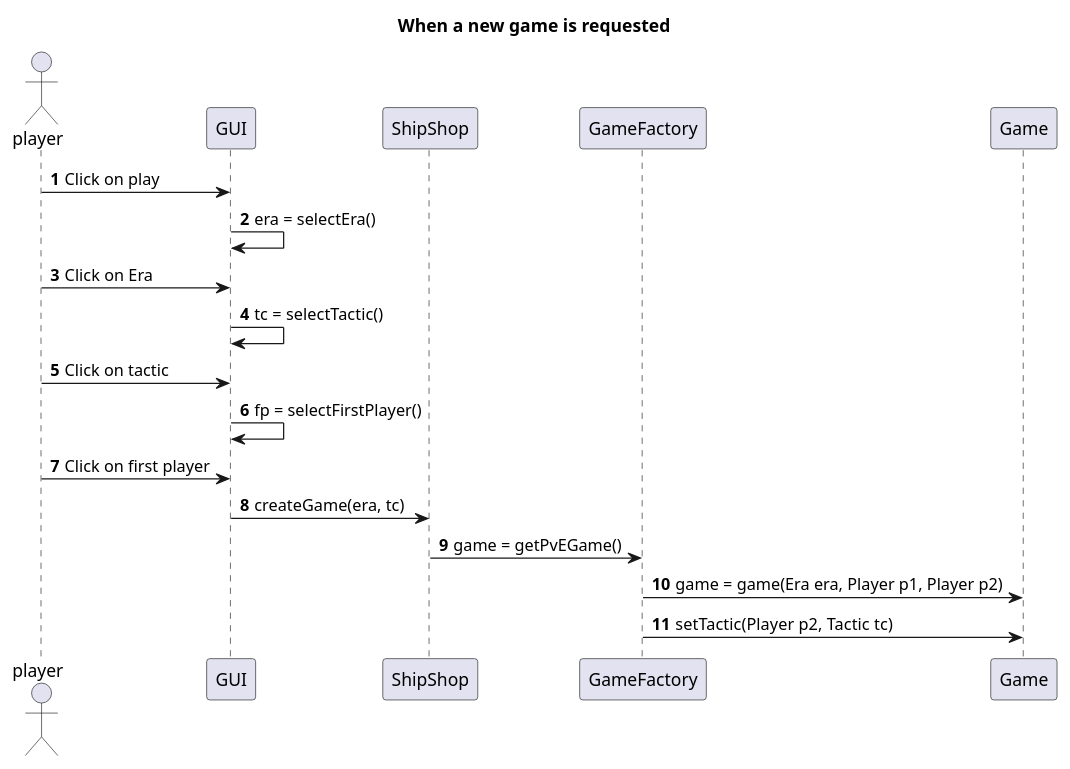
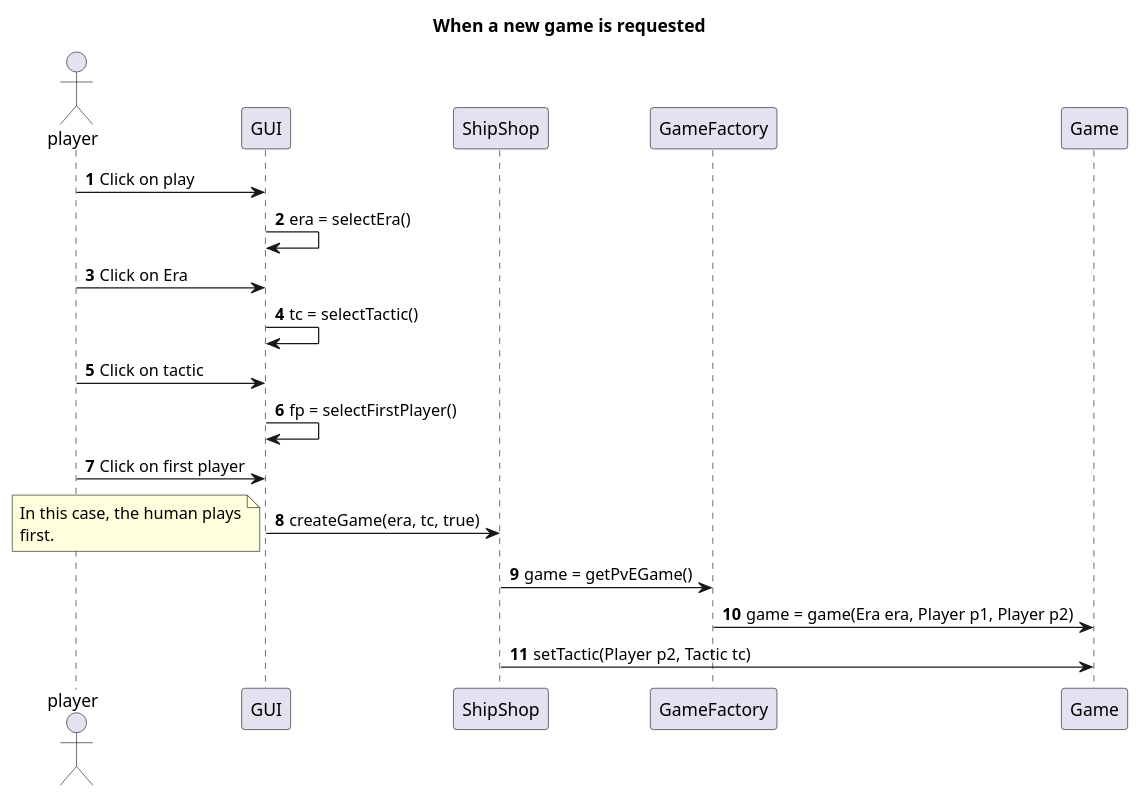
Before and after one commit to Reynault/ShipShop: the diagram in doc/conception/pmul/sequence/createGame.puml, drawn with PlantUML. The commit also changed 2 other files, not shown here.

Commit message:
update sequences diagrams: createGame update class diagram.

```diff
--- a/doc/conception/pmul/sequence/createGame.puml
+++ b/doc/conception/pmul/sequence/createGame.puml
@@ -1,24 +1,30 @@
 @startuml
 title When a new game is requested
 
 autonumber
 actor player
 
 player -> GUI: Click on play
 
 GUI -> GUI: era = selectEra()
 player -> GUI: Click on Era
 
 GUI -> GUI: tc = selectTactic()
 player -> GUI: Click on tactic
 
 GUI -> GUI: fp = selectFirstPlayer()
 player -> GUI: Click on first player
 
 
-GUI -> ShipShop: createGame(era, tc)
+GUI -> ShipShop: createGame(era, tc, true)
+
+note left
+In this case, the human plays
+first.
+end note
+
 ShipShop -> GameFactory: game = getPvEGame()
 
 GameFactory -> Game:  game = game(Era era, Player p1, Player p2)
-GameFactory -> Game: setTactic(Player p2, Tactic tc)
+ShipShop -> Game: setTactic(Player p2, Tactic tc)
 @enduml
```
